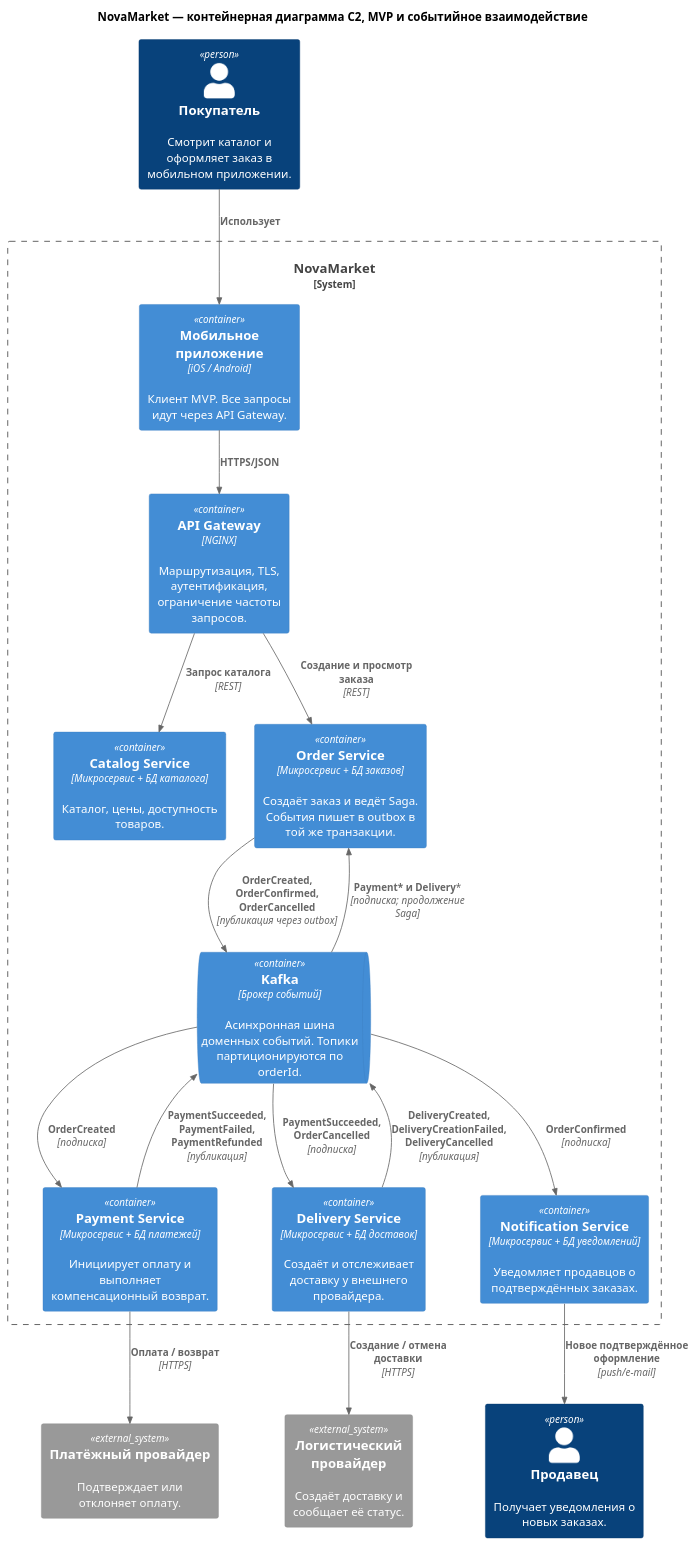
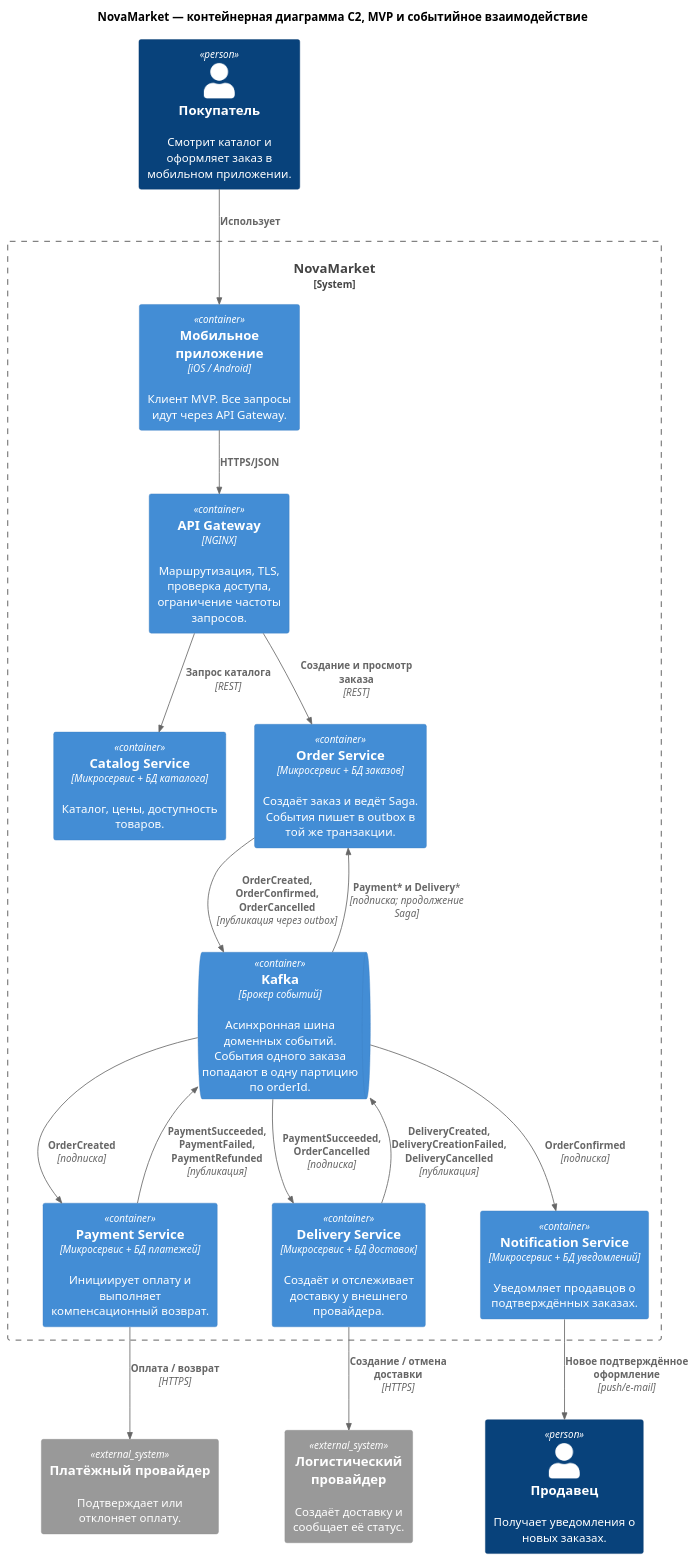
One commit to FFinn/MSA-3-NovaMarket-v1 changed the diagram in Task1/c2-event-driven-architecture.puml. Above: the diagram before and after it, drawn with PlantUML. The commit also changed 12 other files, not shown here.

```diff
--- a/Task1/c2-event-driven-architecture.puml
+++ b/Task1/c2-event-driven-architecture.puml
@@ -1,36 +1,36 @@
 @startuml
 !include <C4/C4_Container>
 LAYOUT_TOP_DOWN()
 title NovaMarket — контейнерная диаграмма C2, MVP и событийное взаимодействие
 
 Person(customer, "Покупатель", "Смотрит каталог и оформляет заказ в мобильном приложении.")
 Person(seller, "Продавец", "Получает уведомления о новых заказах.")
 System_Ext(payment, "Платёжный провайдер", "Подтверждает или отклоняет оплату.")
 System_Ext(logistics, "Логистический провайдер", "Создаёт доставку и сообщает её статус.")
 
 System_Boundary(novamarket, "NovaMarket") {
   Container(mobile, "Мобильное приложение", "iOS / Android", "Клиент MVP. Все запросы идут через API Gateway.")
-  Container(gateway, "API Gateway", "NGINX", "Маршрутизация, TLS, аутентификация, ограничение частоты запросов.")
+  Container(gateway, "API Gateway", "NGINX", "Маршрутизация, TLS, проверка доступа, ограничение частоты запросов.")
   Container(catalog, "Catalog Service", "Микросервис + БД каталога", "Каталог, цены, доступность товаров.")
   Container(order, "Order Service", "Микросервис + БД заказов", "Создаёт заказ и ведёт Saga. События пишет в outbox в той же транзакции.")
   Container(paymentService, "Payment Service", "Микросервис + БД платежей", "Инициирует оплату и выполняет компенсационный возврат.")
   Container(delivery, "Delivery Service", "Микросервис + БД доставок", "Создаёт и отслеживает доставку у внешнего провайдера.")
   Container(notification, "Notification Service", "Микросервис + БД уведомлений", "Уведомляет продавцов о подтверждённых заказах.")
-  ContainerQueue(kafka, "Kafka", "Брокер событий", "Асинхронная шина доменных событий. Топики партиционируются по orderId.")
+  ContainerQueue(kafka, "Kafka", "Брокер событий", "Асинхронная шина доменных событий. События одного заказа попадают в одну партицию по orderId.")
 }
 
 Rel(customer, mobile, "Использует")
 Rel(mobile, gateway, "HTTPS/JSON")
 Rel(gateway, catalog, "Запрос каталога", "REST")
 Rel(gateway, order, "Создание и просмотр заказа", "REST")
 Rel(order, kafka, "OrderCreated, OrderConfirmed, OrderCancelled", "публикация через outbox")
 Rel(kafka, paymentService, "OrderCreated", "подписка")
 Rel(paymentService, payment, "Оплата / возврат", "HTTPS")
 Rel(paymentService, kafka, "PaymentSucceeded, PaymentFailed, PaymentRefunded", "публикация")
 Rel(kafka, delivery, "PaymentSucceeded, OrderCancelled", "подписка")
 Rel(delivery, logistics, "Создание / отмена доставки", "HTTPS")
 Rel(delivery, kafka, "DeliveryCreated, DeliveryCreationFailed, DeliveryCancelled", "публикация")
 Rel(kafka, order, "Payment* и Delivery*", "подписка; продолжение Saga")
 Rel(kafka, notification, "OrderConfirmed", "подписка")
 Rel(notification, seller, "Новое подтверждённое оформление", "push/e-mail")
 @enduml
```
